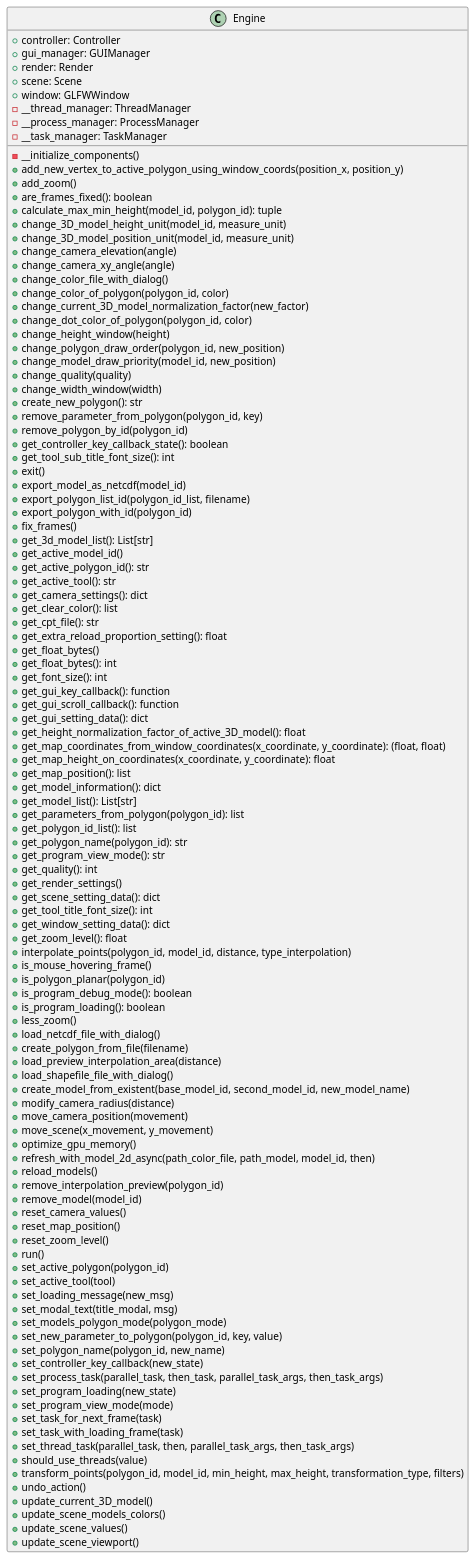
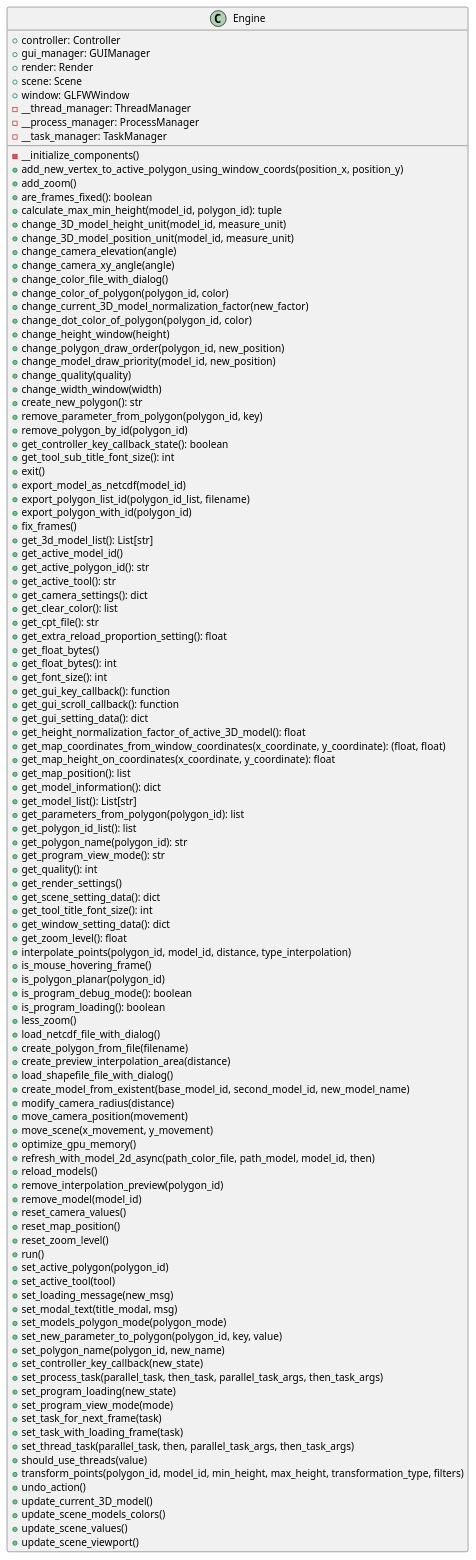
The diagram in docs/classes/Engine.puml (ferpoble2/Relief_Creator), drawn with PlantUML before and after one commit. The commit also changed 2 other files, not shown here.

```diff
--- a/docs/classes/Engine.puml
+++ b/docs/classes/Engine.puml
@@ -1,116 +1,116 @@
 @startuml
 class Engine {
     + controller: Controller
     + gui_manager: GUIManager
     + render: Render
     + scene: Scene
     + window: GLFWWindow
     - __thread_manager: ThreadManager
     - __process_manager: ProcessManager
     - __task_manager: TaskManager
 
     - __initialize_components()
     + add_new_vertex_to_active_polygon_using_window_coords(position_x, position_y)
     + add_zoom()
     + are_frames_fixed(): boolean
     + calculate_max_min_height(model_id, polygon_id): tuple
     + change_3D_model_height_unit(model_id, measure_unit)
     + change_3D_model_position_unit(model_id, measure_unit)
     + change_camera_elevation(angle)
     + change_camera_xy_angle(angle)
     + change_color_file_with_dialog()
     + change_color_of_polygon(polygon_id, color)
     + change_current_3D_model_normalization_factor(new_factor)
     + change_dot_color_of_polygon(polygon_id,  color)
     + change_height_window(height)
     + change_polygon_draw_order(polygon_id, new_position)
     + change_model_draw_priority(model_id, new_position)
     + change_quality(quality)
     + change_width_window(width)
     + create_new_polygon(): str
     + remove_parameter_from_polygon(polygon_id, key)
     + remove_polygon_by_id(polygon_id)
     + get_controller_key_callback_state(): boolean
     + get_tool_sub_title_font_size(): int
     + exit()
     + export_model_as_netcdf(model_id)
     + export_polygon_list_id(polygon_id_list, filename)
     + export_polygon_with_id(polygon_id)
     + fix_frames()
     + get_3d_model_list(): List[str]
     + get_active_model_id()
     + get_active_polygon_id(): str
     + get_active_tool(): str
     + get_camera_settings(): dict
     + get_clear_color(): list
     + get_cpt_file(): str
     + get_extra_reload_proportion_setting(): float
     + get_float_bytes()
     + get_float_bytes(): int
     + get_font_size(): int
     + get_gui_key_callback(): function
     + get_gui_scroll_callback(): function
     + get_gui_setting_data(): dict
     + get_height_normalization_factor_of_active_3D_model(): float
     + get_map_coordinates_from_window_coordinates(x_coordinate, y_coordinate): (float, float)
     + get_map_height_on_coordinates(x_coordinate, y_coordinate): float
     + get_map_position(): list
     + get_model_information(): dict
     + get_model_list(): List[str]
     + get_parameters_from_polygon(polygon_id): list
     + get_polygon_id_list(): list
     + get_polygon_name(polygon_id): str
     + get_program_view_mode(): str
     + get_quality(): int
     + get_render_settings()
     + get_scene_setting_data(): dict
     + get_tool_title_font_size(): int
     + get_window_setting_data(): dict
     + get_zoom_level(): float
     + interpolate_points(polygon_id, model_id, distance, type_interpolation)
     + is_mouse_hovering_frame()
     + is_polygon_planar(polygon_id)
     + is_program_debug_mode(): boolean
     + is_program_loading(): boolean
     + less_zoom()
     + load_netcdf_file_with_dialog()
     + create_polygon_from_file(filename)
-    + load_preview_interpolation_area(distance)
+    + create_preview_interpolation_area(distance)
     + load_shapefile_file_with_dialog()
     + create_model_from_existent(base_model_id, second_model_id, new_model_name)
     + modify_camera_radius(distance)
     + move_camera_position(movement)
     + move_scene(x_movement, y_movement)
     + optimize_gpu_memory()
     + refresh_with_model_2d_async(path_color_file, path_model, model_id, then)
     + reload_models()
     + remove_interpolation_preview(polygon_id)
     + remove_model(model_id)
     + reset_camera_values()
     + reset_map_position()
     + reset_zoom_level()
     + run()
     + set_active_polygon(polygon_id)
     + set_active_tool(tool)
     + set_loading_message(new_msg)
     + set_modal_text(title_modal, msg)
     + set_models_polygon_mode(polygon_mode)
     + set_new_parameter_to_polygon(polygon_id, key, value)
     + set_polygon_name(polygon_id, new_name)
     + set_controller_key_callback(new_state)
     + set_process_task(parallel_task, then_task, parallel_task_args, then_task_args)
     + set_program_loading(new_state)
     + set_program_view_mode(mode)
     + set_task_for_next_frame(task)
     + set_task_with_loading_frame(task)
     + set_thread_task(parallel_task, then, parallel_task_args, then_task_args)
     + should_use_threads(value)
     + transform_points(polygon_id, model_id, min_height, max_height, transformation_type, filters)
     + undo_action()
     + update_current_3D_model()
     + update_scene_models_colors()
     + update_scene_values()
     + update_scene_viewport()
 }
 
 @enduml
```
